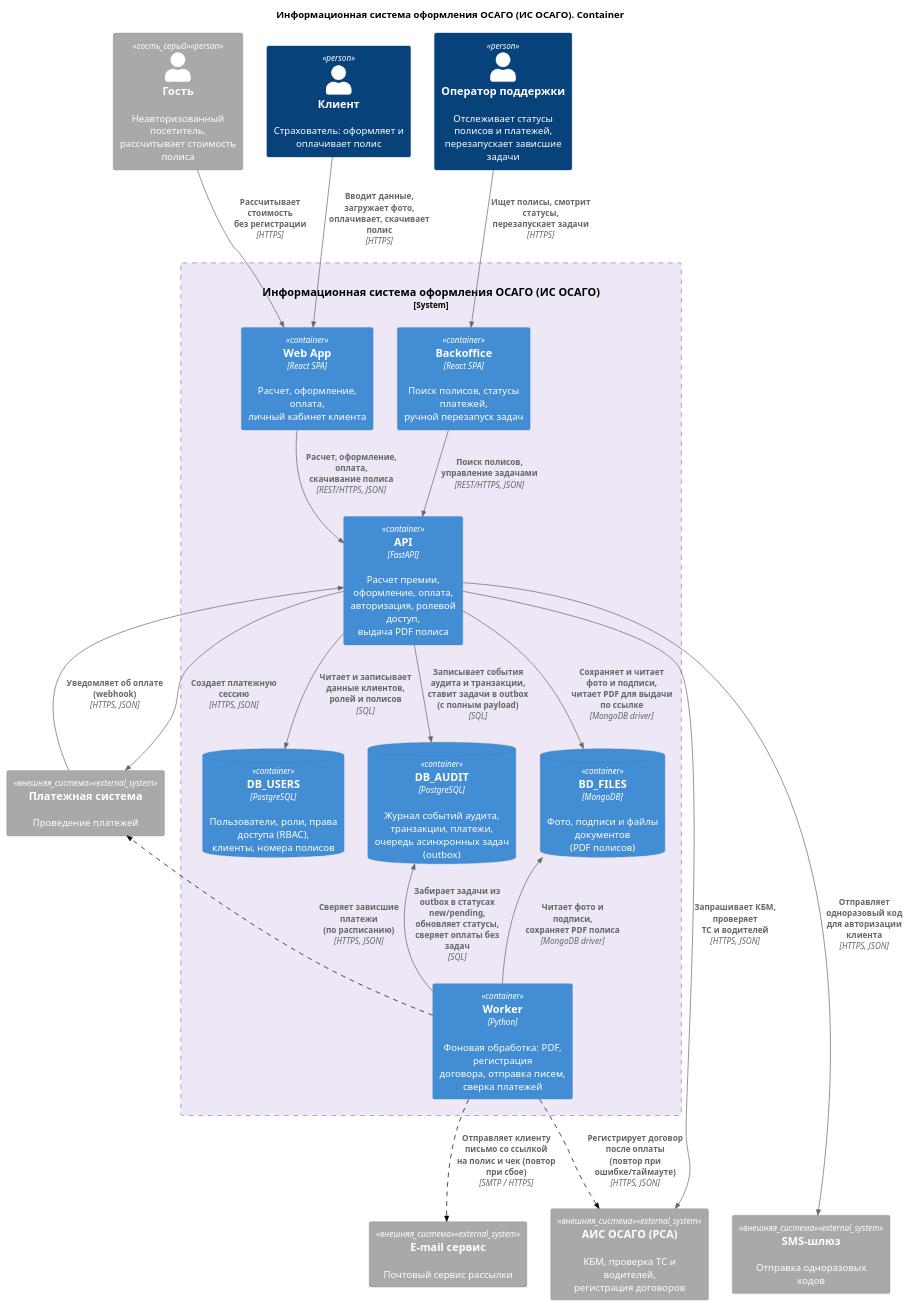
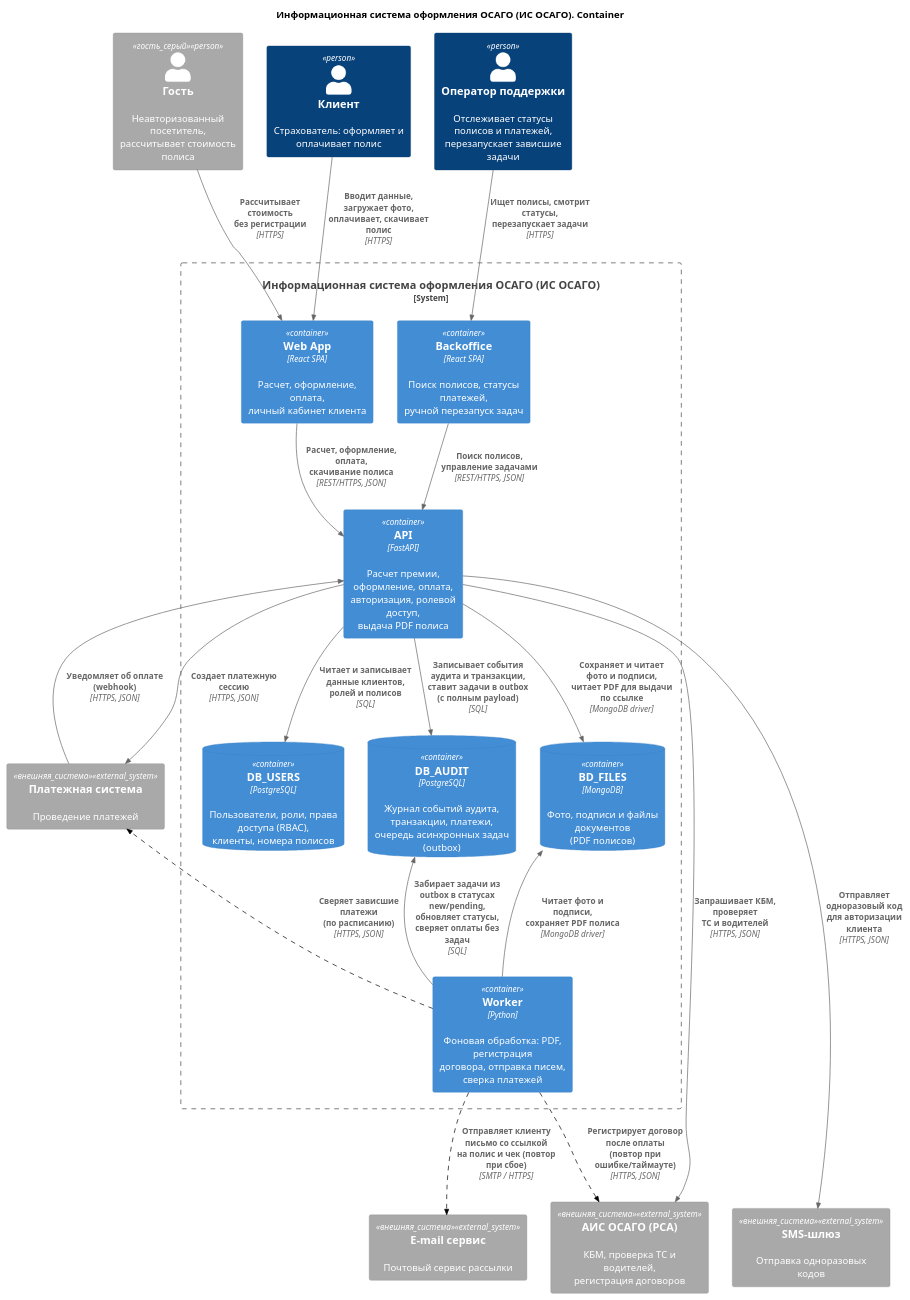
Before and after one commit to ElectricLight-ELO/Insurance-system: the diagram in docs_and_diagrams/Artem/container.puml, drawn with PlantUML. The commit also changed 1 other file, not shown here.

```diff
--- a/docs_and_diagrams/Artem/container.puml
+++ b/docs_and_diagrams/Artem/container.puml
@@ -1,96 +1,95 @@
 @startuml
 !include https://raw.githubusercontent.com/plantuml-stdlib/C4-PlantUML/master/C4_Container.puml
 
 title Информационная система оформления ОСАГО (ИС ОСАГО). Container
 
 ' === НАСТРОЙКА ЦВЕТОВ ===
 AddSystemTag("внешняя_система", $bgColor="#A9A9A9", $borderColor="#8A8A8A", $fontColor="#FFFFFF")
 AddPersonTag("гость_серый", $bgColor="#A9A9A9", $borderColor="#8A8A8A", $fontColor="#FFFFFF")
-AddBoundaryTag("фиолетовый_сервис", $bgColor="#EDE7F6", $borderColor="#9575CD", $fontColor="#000000")
 AddRelTag("пунктир", $lineStyle=DashedLine(), $lineColor="#000000", $legendText="Асинхронное взаимодействие (фоновая обработка)")
 
 ' === ЭЛЕМЕНТЫ ===
 
 Person(guest, "Гость", "Неавторизованный посетитель,\nрассчитывает стоимость полиса", $tags="гость_серый")
 Person(client, "Клиент", "Страхователь: оформляет и\nоплачивает полис")
 Person(support, "Оператор поддержки", "Отслеживает статусы полисов и платежей,\nперезапускает зависшие задачи")
 
-System_Boundary(osago_service, "Информационная система оформления ОСАГО (ИС ОСАГО)", $tags="фиолетовый_сервис") {
+System_Boundary(osago_service, "Информационная система оформления ОСАГО (ИС ОСАГО)") {
 
     Container(web_app, "Web App", "React SPA", "Расчет, оформление, оплата,\nличный кабинет клиента")
 
     Container(backoffice, "Backoffice", "React SPA", "Поиск полисов, статусы платежей,\nручной перезапуск задач")
 
     Container(api, "API", "FastAPI", "Расчет премии, оформление, оплата,\nавторизация, ролевой доступ,\nвыдача PDF полиса")
 
     ContainerDb(db_users, "DB_USERS", "PostgreSQL", "Пользователи, роли, права доступа (RBAC),\nклиенты, номера полисов")
 
     ContainerDb(db_audit, "DB_AUDIT", "PostgreSQL", "Журнал событий аудита, транзакции, платежи,\nочередь асинхронных задач (outbox)")
 
     ContainerDb(bd_files, "BD_FILES", "MongoDB", "Фото, подписи и файлы документов\n(PDF полисов)")
 
     Container(worker, "Worker", "Python", "Фоновая обработка: PDF, регистрация\nдоговора, отправка писем, сверка платежей")
 }
 
 ' Внешние системы (серые, внизу)
 System_Ext(payment_sys, "Платежная система", "Проведение платежей", $tags="внешняя_система")
 System_Ext(email_sys, "E-mail сервис", "Почтовый сервис рассылки", $tags="внешняя_система")
 System_Ext(ais_osago, "АИС ОСАГО (РСА)", "КБМ, проверка ТС и водителей,\nрегистрация договоров", $tags="внешняя_система")
 System_Ext(sms_sys, "SMS-шлюз", "Отправка одноразовых кодов", $tags="внешняя_система")
 
 ' === СВЯЗИ ===
 
 ' Персоны
 Rel(guest, web_app, "Рассчитывает стоимость\nбез регистрации", "HTTPS")
 Rel(client, web_app, "Вводит данные, загружает фото,\nоплачивает, скачивает полис", "HTTPS")
 Rel(support, backoffice, "Ищет полисы, смотрит статусы,\nперезапускает задачи", "HTTPS")
 
 ' Фронтенды -> API
 Rel(web_app, api, "Расчет, оформление, оплата,\nскачивание полиса", "REST/HTTPS, JSON")
 Rel(backoffice, api, "Поиск полисов,\nуправление задачами", "REST/HTTPS, JSON")
 
 ' API -> внутренние хранилища
 Rel(api, db_users, "Читает и записывает данные клиентов,\nролей и полисов", "SQL")
 Rel(api, db_audit, "Записывает события аудита и транзакции,\nставит задачи в outbox (с полным payload)", "SQL")
 Rel(api, bd_files, "Сохраняет и читает фото и подписи,\nчитает PDF для выдачи по ссылке", "MongoDB driver")
 
 ' API -> внешние системы (синхронно)
 Rel(api, sms_sys, "Отправляет одноразовый код\nдля авторизации клиента", "HTTPS, JSON")
 Rel(api, payment_sys, "Создает платежную сессию", "HTTPS, JSON")
 Rel(payment_sys, api, "Уведомляет об оплате (webhook)", "HTTPS, JSON")
 Rel(api, ais_osago, "Запрашивает КБМ, проверяет\nТС и водителей", "HTTPS, JSON")
 
 ' Worker -> внутренние хранилища
 Rel(worker, db_audit, "Забирает задачи из outbox в статусах\nnew/pending, обновляет статусы,\nсверяет оплаты без задач", "SQL")
 Rel(worker, bd_files, "Читает фото и подписи,\nсохраняет PDF полиса", "MongoDB driver")
 
 ' Worker -> внешние системы (асинхронно, пунктир)
 Rel(worker, ais_osago, "Регистрирует договор после оплаты\n(повтор при ошибке/таймауте)", "HTTPS, JSON", $tags="пунктир")
 Rel(worker, payment_sys, "Сверяет зависшие платежи\n(по расписанию)", "HTTPS, JSON", $tags="пунктир")
 Rel(worker, email_sys, "Отправляет клиенту письмо со ссылкой\nна полис и чек (повтор при сбое)", "SMTP / HTTPS", $tags="пунктир")
 
 ' === УПРАВЛЕНИЕ LAYOUT (скрытые связи) ===
 
 ' Персоны в один ряд
 guest -[hidden]right- client
 client -[hidden]right- support
 
 ' Верхний ряд внутри boundary: фронтенды под своими персонами
 client -[hidden]down- web_app
 support -[hidden]down- backoffice
 web_app -[hidden]right- backoffice
 
 ' Нижний ряд внутри boundary: ядро в одну строку
 web_app -[hidden]down- api
 api -[hidden]right- db_users
 db_users -[hidden]right- db_audit
 db_audit -[hidden]right- bd_files
 bd_files -[hidden]right- worker
 
 ' Внешние системы внизу
 osago_service -[hidden]down- payment_sys
 payment_sys -[hidden]right- email_sys
 email_sys -[hidden]right- ais_osago
 ais_osago -[hidden]right- sms_sys
 
 @enduml
```
